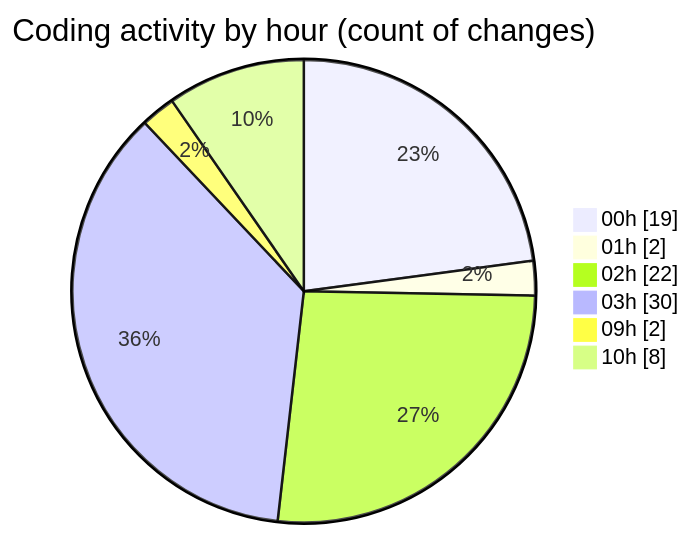
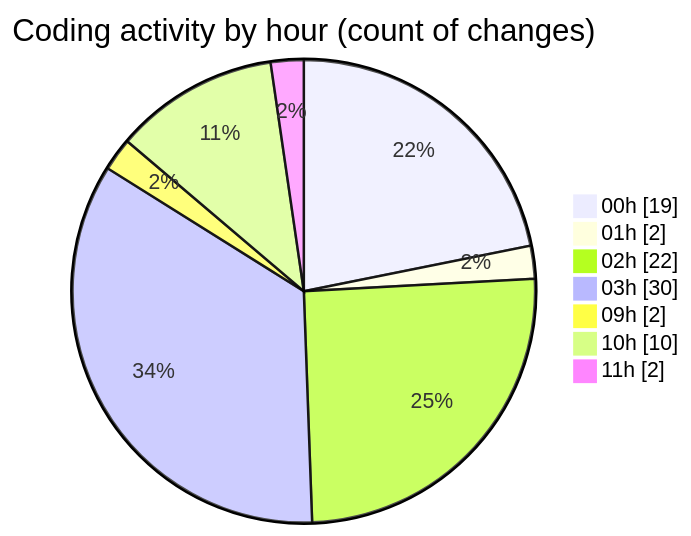
Before and after one commit to julien-gomy/code-tracking: the second of 2 diagrams in 2025-10-21/eventscop-frontend-guide__workspace_/README.md, drawn with Mermaid. The commit also changed other lines of this file and 1 other file, not shown here.

````diff
--- a/2025-10-21/eventscop-frontend-guide__workspace_/README.md
+++ b/2025-10-21/eventscop-frontend-guide__workspace_/README.md
@@ -47,10 +47,11 @@
 ```mermaid
 pie showData
 title Coding activity by hour (count of changes)
 "00h" : 19
 "01h" : 2
 "02h" : 22
 "03h" : 30
 "09h" : 2
-"10h" : 8
+"10h" : 10
+"11h" : 2
 ```
````
